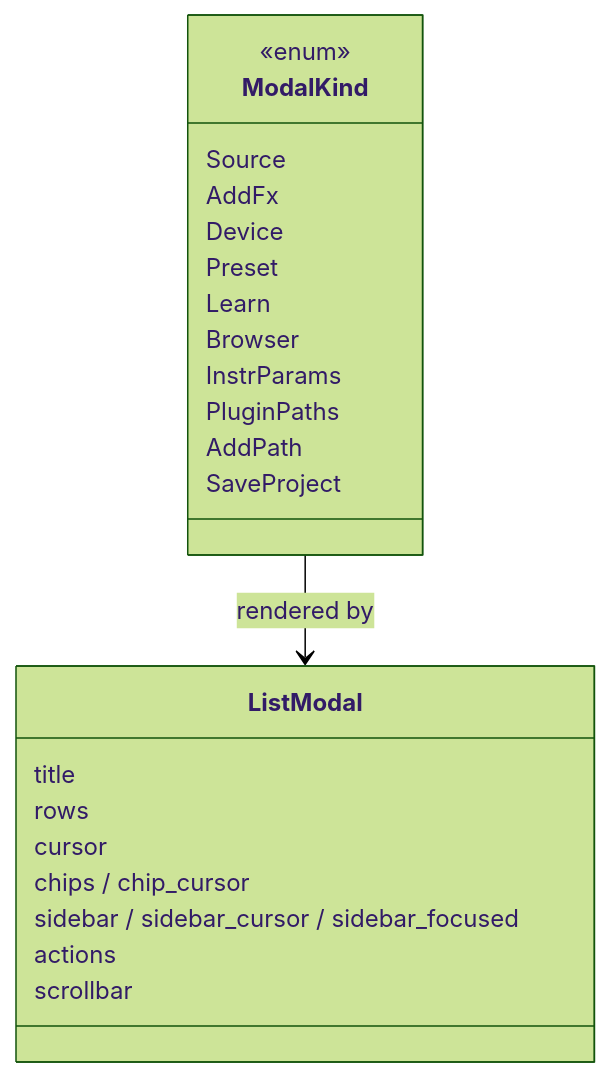
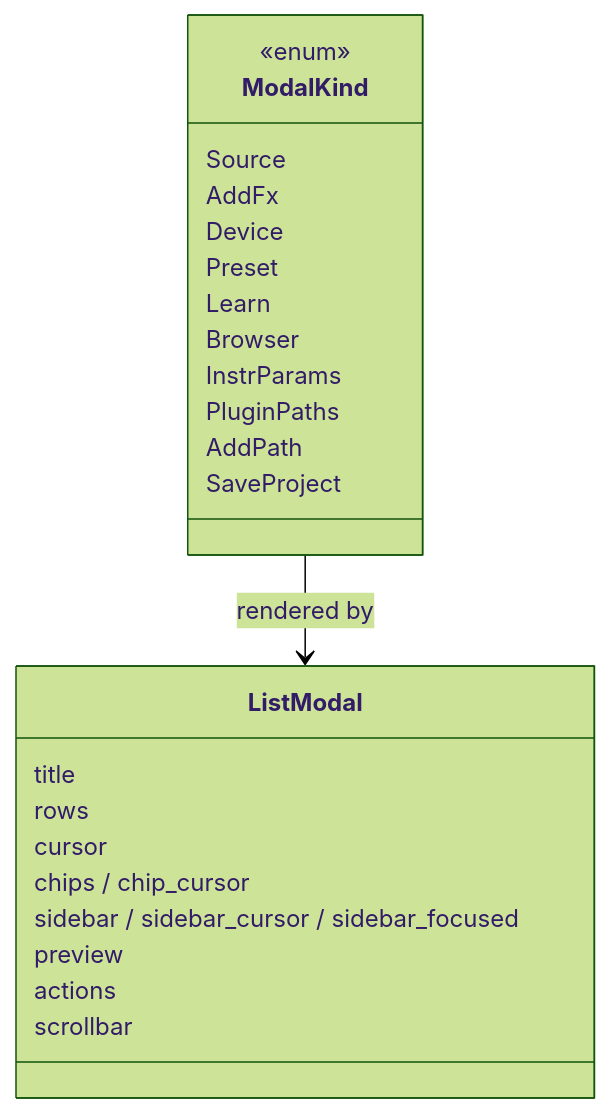
Before and after one commit to jacodelia/choz: the seventh of 8 diagrams in docs/architecture.md, drawn with Mermaid (forest theme). The commit also changed other lines of this file and 5 other files, not shown here.

````diff
--- a/docs/architecture.md
+++ b/docs/architecture.md
@@ -697,26 +709,27 @@
 ```mermaid
 classDiagram
     class ListModal {
         title
         rows
         cursor
         chips / chip_cursor
         sidebar / sidebar_cursor / sidebar_focused
+        preview
         actions
         scrollbar
     }
     class ModalKind {
         <<enum>>
         Source
         AddFx
         Device
         Preset
         Learn
         Browser
         InstrParams
         PluginPaths
         AddPath
         SaveProject
     }
     ModalKind --> ListModal : rendered by
 ```
````
